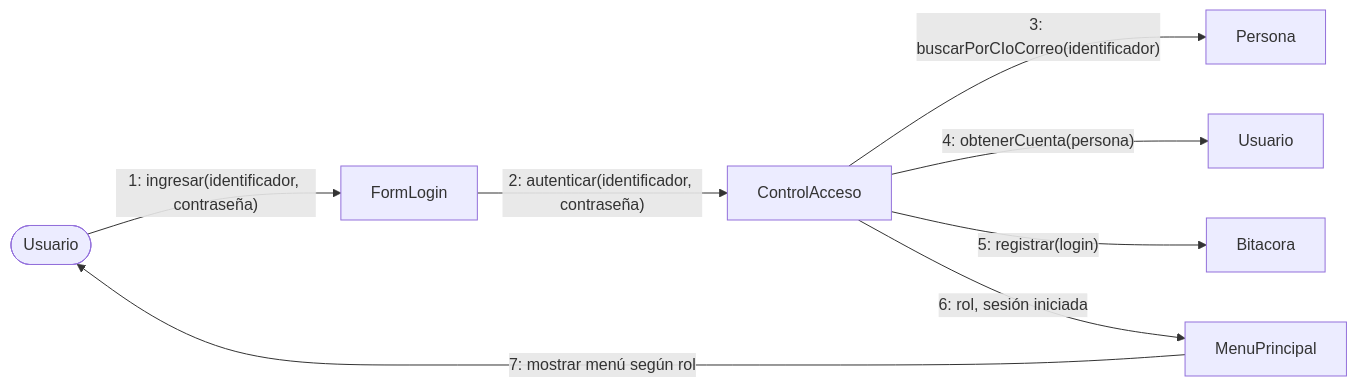
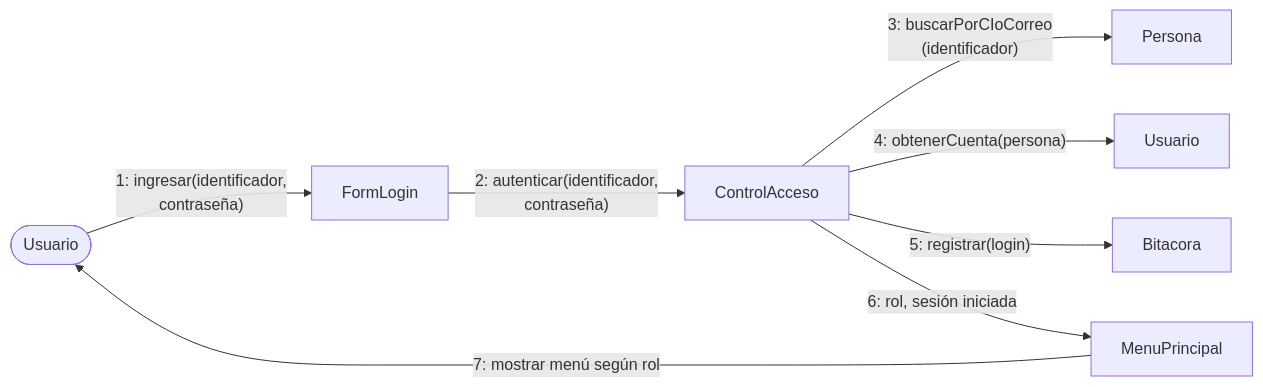
One commit to Einarpd26/2do-examen-ing-requisitos changed the fifth of 15 diagrams in documento/Informe-Final.md. Above: the diagram before and after it, drawn with Mermaid. The commit also changed other lines of this file, not shown here.

Commit message:
docs(diagramas): corregir etiquetas cortadas y saltos de linea en los diagramas Mermaid y ajustar el ancho de los de secuencia

````diff
--- a/documento/Informe-Final.md
+++ b/documento/Informe-Final.md
@@ -897,10 +900,10 @@
 ```mermaid
 flowchart LR
-    U([Usuario]) -- "1: ingresar(identificador, contraseña)" --> B[FormLogin]
-    B -- "2: autenticar(identificador, contraseña)" --> C[ControlAcceso]
-    C -- "3: buscarPorCIoCorreo(identificador)" --> P[Persona]
+    U([Usuario]) -- "1: ingresar(identificador,<br/>contraseña)" --> B[FormLogin]
+    B -- "2: autenticar(identificador,<br/>contraseña)" --> C[ControlAcceso]
+    C -- "3: buscarPorCIoCorreo<br/>(identificador)" --> P[Persona]
     C -- "4: obtenerCuenta(persona)" --> E[Usuario]
     C -- "5: registrar(login)" --> L[Bitacora]
     C -- "6: rol, sesión iniciada" --> M[MenuPrincipal]
     M -- "7: mostrar menú según rol" --> U
 ```
````
